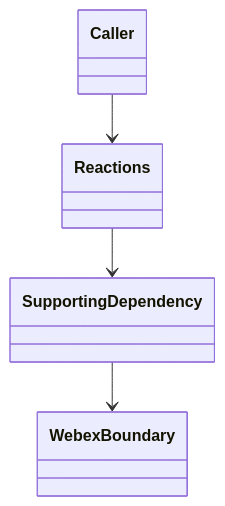
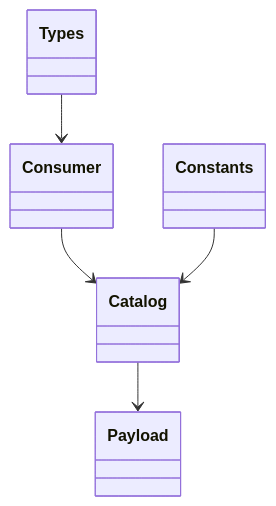
One commit to webex/webex-js-sdk changed the fourth of 4 diagrams in packages/@webex/plugin-meetings/src/reactions/ai-docs/reactions-spec.md. Above: the diagram before and after it, drawn with Mermaid. The commit also changed other lines of this file and 26 other files, not shown here.

````diff
--- a/packages/@webex/plugin-meetings/src/reactions/ai-docs/reactions-spec.md
+++ b/packages/@webex/plugin-meetings/src/reactions/ai-docs/reactions-spec.md
@@ -142,10 +143,12 @@
 ```mermaid
 classDiagram
-  class Caller
-  class Reactions
-  class SupportingDependency
-  class WebexBoundary
-  Caller --> Reactions
-  Reactions --> SupportingDependency
-  SupportingDependency --> WebexBoundary
+  class Consumer
+  class Catalog
+  class Constants
+  class Types
+  class Payload
+  Consumer --> Catalog
+  Constants --> Catalog
+  Types --> Consumer
+  Catalog --> Payload
 ```
````
